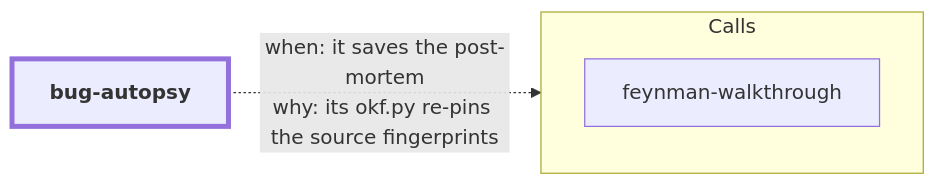
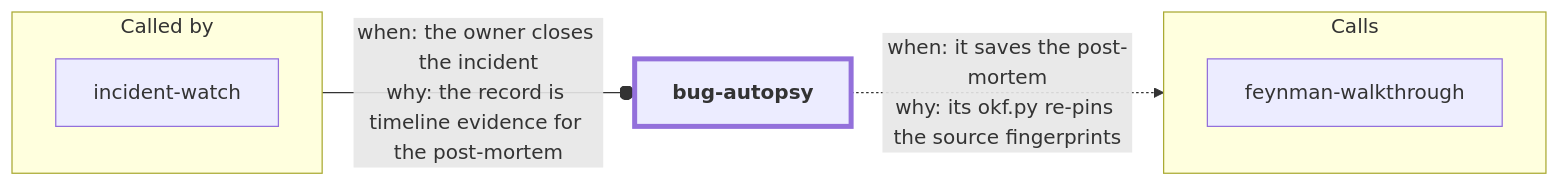
One commit to dhanesh/agent-skills changed the diagram in bug-autopsy/README.md. Above: the diagram before and after it, drawn with Mermaid. The commit also changed other lines of this file and 8 other files, not shown here.

First line of the commit message:
docs(skill-graph): add the calls of factory-pipeline and incident-watch (R34)

````diff
--- a/bug-autopsy/README.md
+++ b/bug-autopsy/README.md
@@ -27,11 +27,16 @@
 ```mermaid
 flowchart LR
+  subgraph callers["Called by"]
+    direction TB
+    in_incident_watch["incident-watch"]
+  end
   self_bug_autopsy["bug-autopsy"]
   subgraph callees["Calls"]
     direction TB
     out_feynman_walkthrough["feynman-walkthrough"]
   end
+  in_incident_watch --o|"when: the owner closes the incident<br/>why: the record is timeline evidence for the post-mortem"| self_bug_autopsy
   self_bug_autopsy -.->|"when: it saves the post-mortem<br/>why: its okf.py re-pins the source fingerprints"| out_feynman_walkthrough
   classDef self stroke-width:4px,font-weight:bold
   class self_bug_autopsy self
 ```
````
